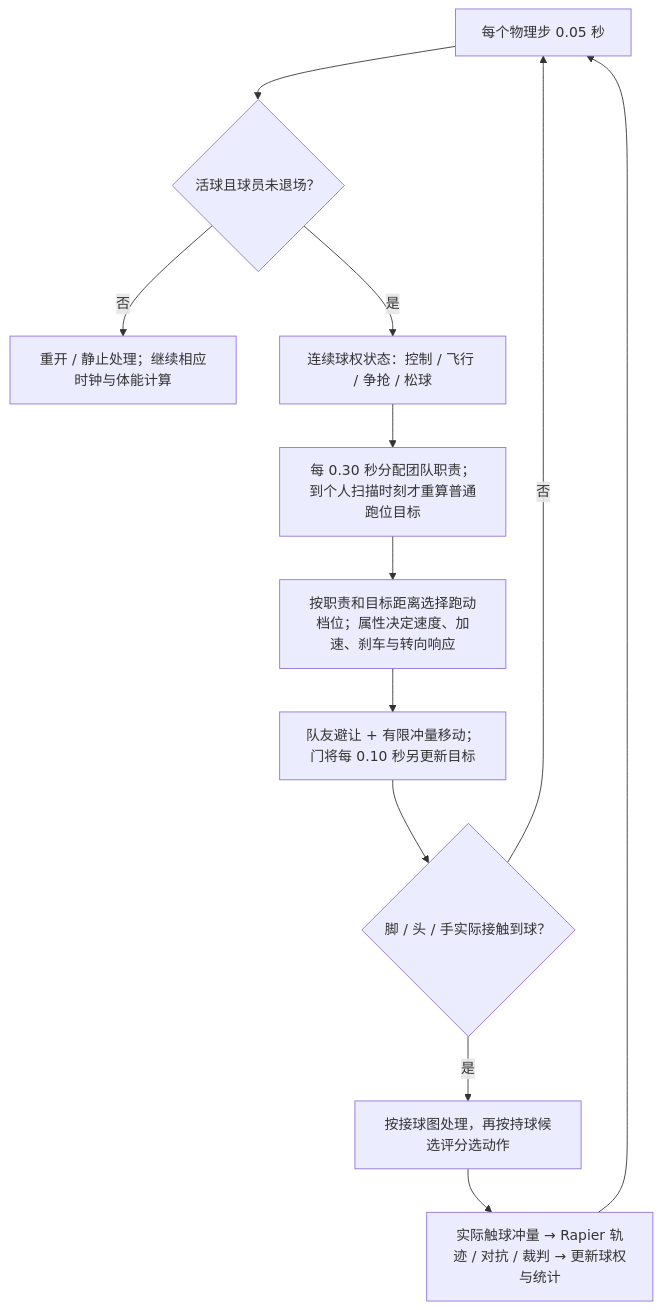
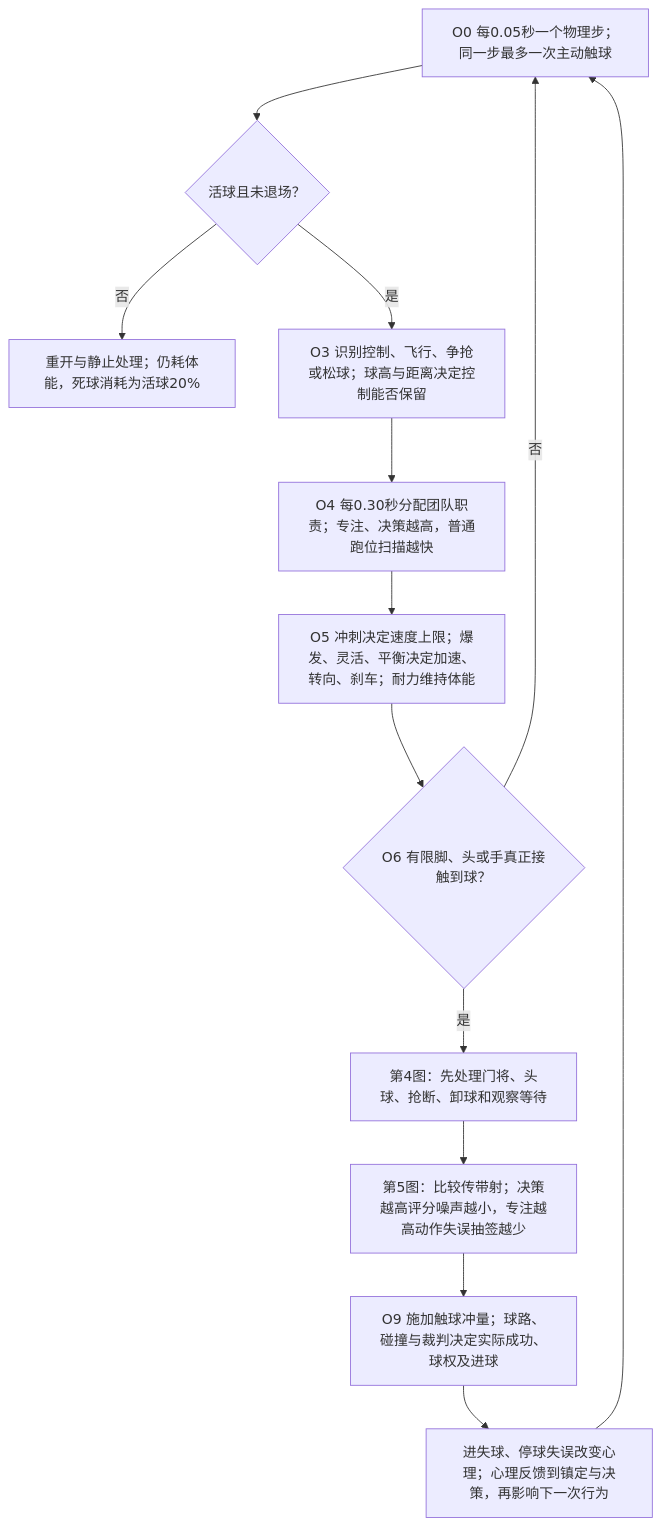
Before and after one commit to sixu3575/touchline-manager: the first of 6 diagrams in packages/shared/modules/matches/design/PLAYER_DECISION_MAP.md, drawn with Mermaid. The commit also changed other lines of this file and 16 other files, not shown here.

````diff
--- a/packages/shared/modules/matches/design/PLAYER_DECISION_MAP.md
+++ b/packages/shared/modules/matches/design/PLAYER_DECISION_MAP.md
@@ -9,14 +21,15 @@
 ```mermaid
 flowchart TD
-  A["每个物理步 0.05 秒"] --> B{"活球且球员未退场？"}
-  B -->|否| C["重开 / 静止处理；继续相应时钟与体能计算"]
-  B -->|是| D["连续球权状态：控制 / 飞行 / 争抢 / 松球"]
-  D --> E["每 0.30 秒分配团队职责；到个人扫描时刻才重算普通跑位目标"]
-  E --> F["按职责和目标距离选择跑动档位；属性决定速度、加速、刹车与转向响应"]
-  F --> G["队友避让 + 有限冲量移动；门将每 0.10 秒另更新目标"]
-  G --> H{"脚 / 头 / 手实际接触到球？"}
-  H -->|否| A
-  H -->|是| I["按接球图处理，再按持球候选评分选动作"]
-  I --> J["实际触球冲量 → Rapier 轨迹 / 对抗 / 裁判 → 更新球权与统计"]
-  J --> A
+  O0["O0 每0.05秒一个物理步；同一步最多一次主动触球"] --> O1{"活球且未退场？"}
+  O1 -->|否| O2["重开与静止处理；仍耗体能，死球消耗为活球20%"]
+  O1 -->|是| O3["O3 识别控制、飞行、争抢或松球；球高与距离决定控制能否保留"]
+  O3 --> O4["O4 每0.30秒分配团队职责；专注、决策越高，普通跑位扫描越快"]
+  O4 --> O5["O5 冲刺决定速度上限；爆发、灵活、平衡决定加速、转向、刹车；耐力维持体能"]
+  O5 --> O6{"O6 有限脚、头或手真正接触到球？"}
+  O6 -->|否| O0
+  O6 -->|是| O7["第4图：先处理门将、头球、抢断、卸球和观察等待"]
+  O7 --> O8["第5图：比较传带射；决策越高评分噪声越小，专注越高动作失误抽签越少"]
+  O8 --> O9["O9 施加触球冲量；球路、碰撞与裁判决定实际成功、球权及进球"]
+  O9 --> O10["进失球、停球失误改变心理；心理反馈到镇定与决策，再影响下一次行为"]
+  O10 --> O0
 ```
````
